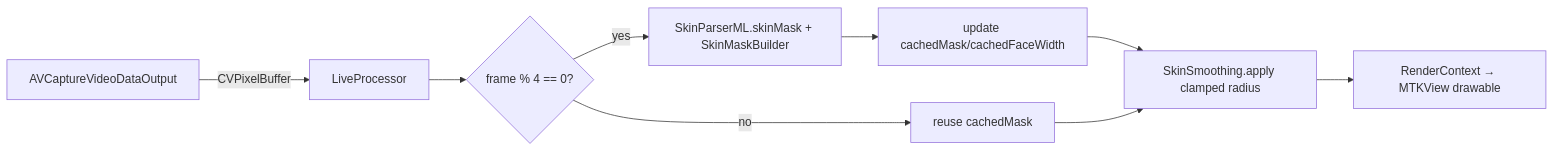
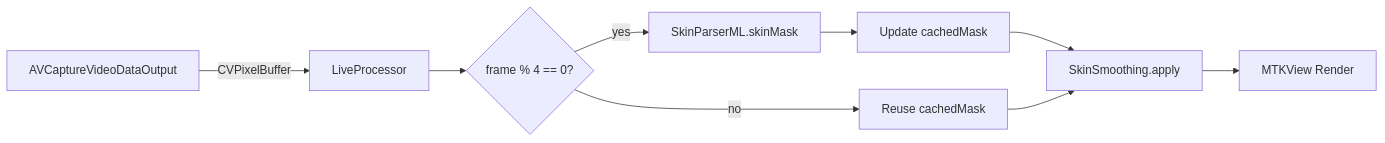
One commit to clarencemoreno/Beautifier changed the diagram in openspec/changes/add-live-camera/design.md. Above: the diagram before and after it, drawn with Mermaid. The commit also changed other lines of this file and 3 other files, not shown here.

````diff
--- a/openspec/changes/add-live-camera/design.md
+++ b/openspec/changes/add-live-camera/design.md
@@ -9,11 +12,11 @@
 ```mermaid
 flowchart LR
     A[AVCaptureVideoDataOutput] -->|CVPixelBuffer| B[LiveProcessor]
     B --> C{frame % 4 == 0?}
-    C -- yes --> D[SkinParserML.skinMask + SkinMaskBuilder]
-    D --> E[update cachedMask/cachedFaceWidth]
-    C -- no --> F[reuse cachedMask]
-    E --> G[SkinSmoothing.apply clamped radius]
+    C -- yes --> D[SkinParserML.skinMask]
+    D --> E[Update cachedMask]
+    C -- no --> F[Reuse cachedMask]
+    E --> G[SkinSmoothing.apply]
     F --> G
-    G --> H[RenderContext → MTKView drawable]
+    G --> H[MTKView Render]
 ```
````
